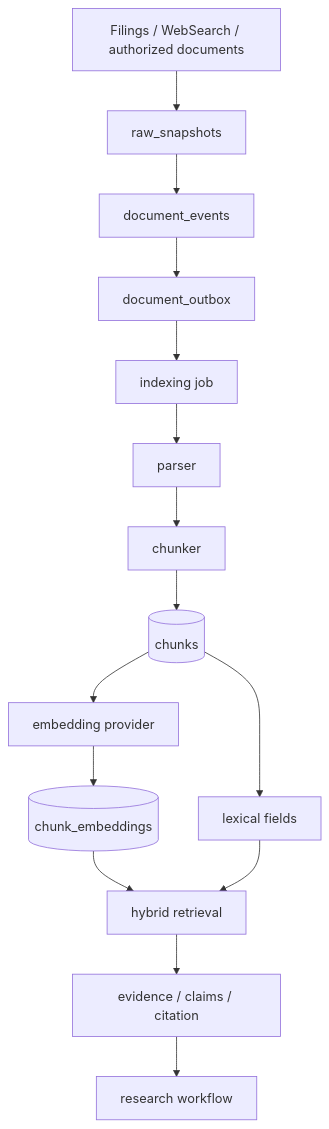
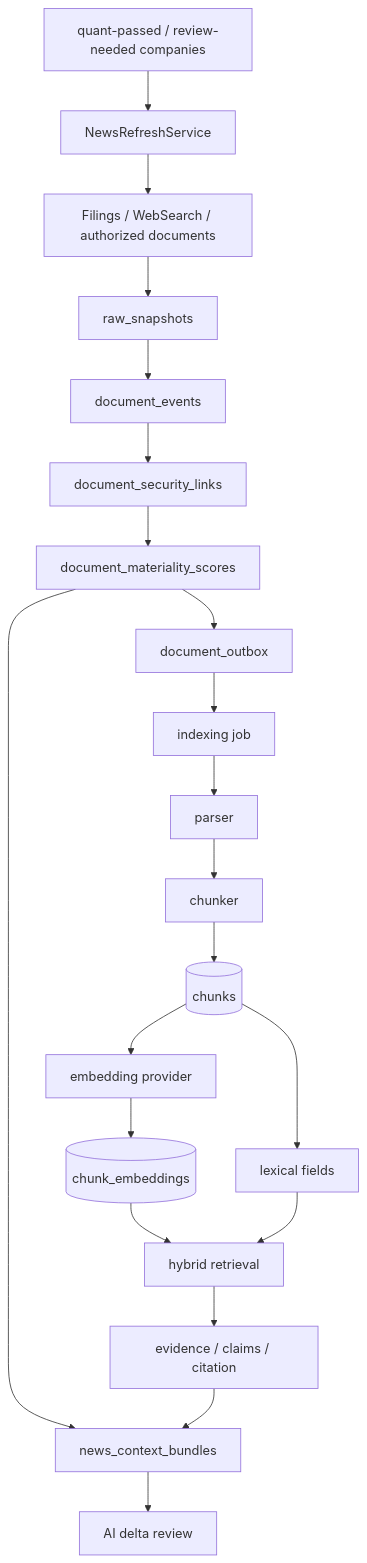
One commit to RickyW0529/Margin changed the eighth of 11 diagrams in docs/design/v0.2/architecture/Margin_Architecture_Design_v0.2_EN.md. Above: the diagram before and after it, drawn with Mermaid. The commit also changed other lines of this file and 469 other files, not shown here.

````diff
--- a/docs/design/v0.2/architecture/Margin_Architecture_Design_v0.2_EN.md
+++ b/docs/design/v0.2/architecture/Margin_Architecture_Design_v0.2_EN.md
@@ -261,17 +760,23 @@
 ```mermaid
 flowchart TD
-    Source[Filings / WebSearch / authorized documents] --> Snapshot[raw_snapshots]
+    Targets[quant-passed / review-needed companies] --> Refresh[NewsRefreshService]
+    Refresh --> Source[Filings / WebSearch / authorized documents]
+    Source --> Snapshot[raw_snapshots]
     Snapshot --> Event[document_events]
-    Event --> Outbox[document_outbox]
+    Event --> Links[document_security_links]
+    Links --> Materiality[document_materiality_scores]
+    Materiality --> Outbox[document_outbox]
     Outbox --> Worker[indexing job]
     Worker --> Parser[parser]
     Parser --> Chunker[chunker]
     Chunker --> Chunks[(chunks)]
     Chunks --> Embedding[embedding provider]
     Embedding --> Vectors[(chunk_embeddings)]
     Chunks --> Keyword[lexical fields]
     Vectors --> Retrieval[hybrid retrieval]
     Keyword --> Retrieval
     Retrieval --> Evidence[evidence / claims / citation]
-    Evidence --> Research[research workflow]
+    Materiality --> Bundle[news_context_bundles]
+    Evidence --> Bundle
+    Bundle --> Research[AI delta review]
 ```
````
